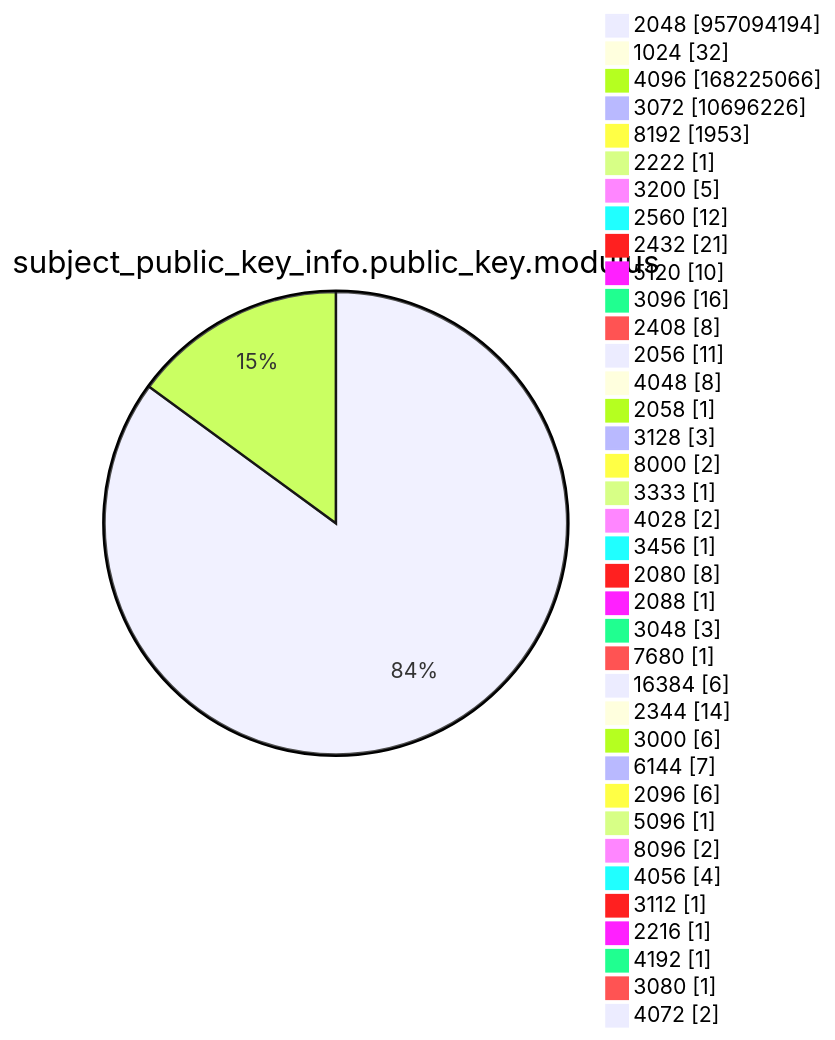
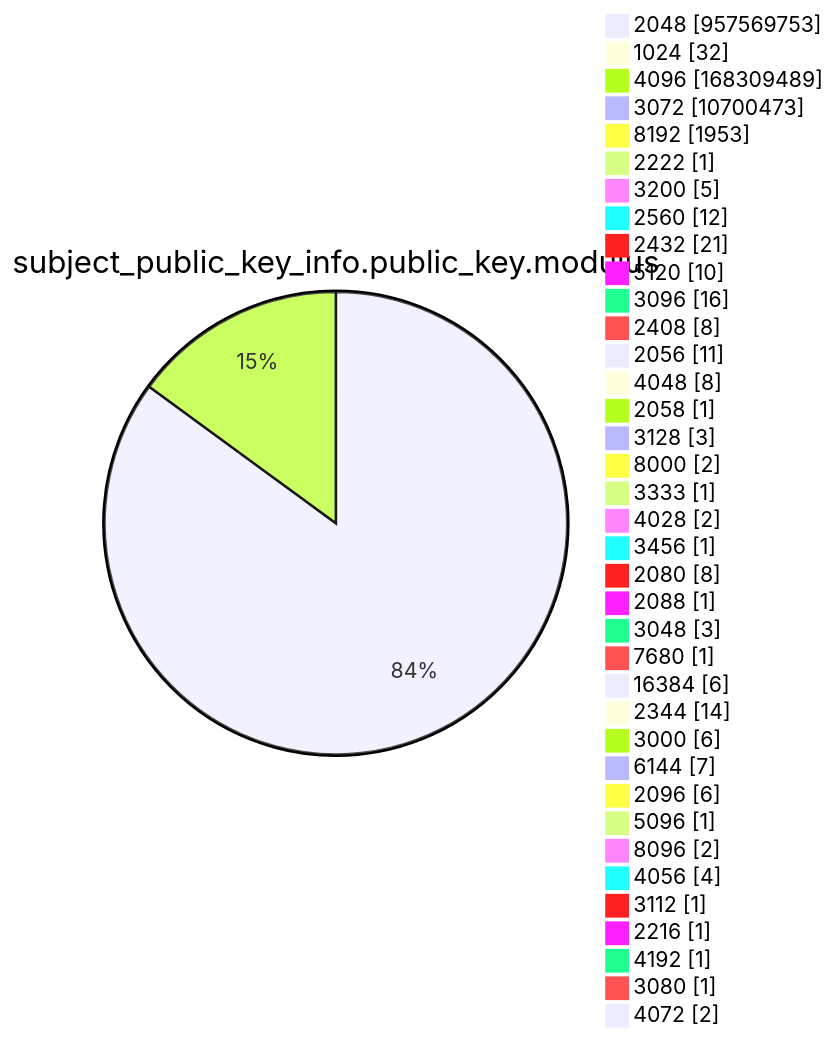
Diagram 13 of 15 in argon2022/README.md (christiankrug/ctmonitor_visualization), drawn with Mermaid before and after one commit. The commit also changed other lines of this file, not shown here.

````diff
--- a/argon2022/README.md
+++ b/argon2022/README.md
@@ -3586,41 +3586,41 @@
 ```mermaid
 pie showData
 title subject_public_key_info.public_key.modulus
-"2048" :957094194
+"2048" :957569753
 "1024" :32
-"4096" :168225066
-"3072" :10696226
+"4096" :168309489
+"3072" :10700473
 "8192" :1953
 "2222" :1
 "3200" :5
 "2560" :12
 "2432" :21
 "5120" :10
 "3096" :16
 "2408" :8
 "2056" :11
 "4048" :8
 "2058" :1
 "3128" :3
 "8000" :2
 "3333" :1
 "4028" :2
 "3456" :1
 "2080" :8
 "2088" :1
 "3048" :3
 "7680" :1
 "16384" :6
 "2344" :14
 "3000" :6
 "6144" :7
 "2096" :6
 "5096" :1
 "8096" :2
 "4056" :4
 "3112" :1
 "2216" :1
 "4192" :1
 "3080" :1
 "4072" :2
 ```
````
